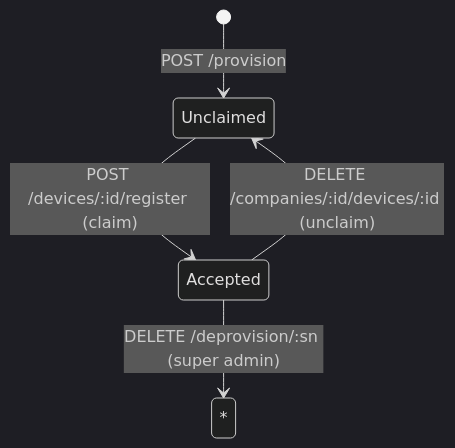
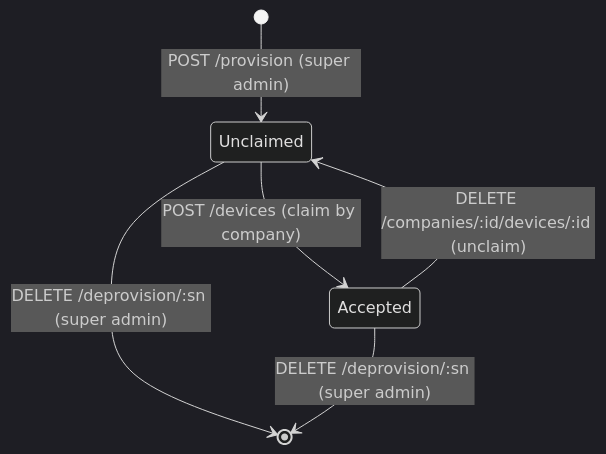
Before and after one commit to frt-tecnologia/Ninbus-api: the sixth of 6 diagrams in README.md, drawn with Mermaid (dark theme). The commit also changed other lines of this file and 6 other files, not shown here.

````diff
--- a/README.md
+++ b/README.md
@@ -343,7 +373,8 @@
 ```mermaid
 stateDiagram-v2
-    [*] --> Unclaimed: POST /provision
-    Unclaimed --> Accepted: POST /devices/:id/register (claim)
+    [*] --> Unclaimed: POST /provision (super admin)
+    Unclaimed --> Accepted: POST /devices (claim by company)
     Accepted --> Unclaimed: DELETE /companies/:id/devices/:id (unclaim)
-    Accepted --> *: DELETE /deprovision/:sn (super admin)
+    Unclaimed --> [*]: DELETE /deprovision/:sn (super admin)
+    Accepted --> [*]: DELETE /deprovision/:sn (super admin)
 ```
````
